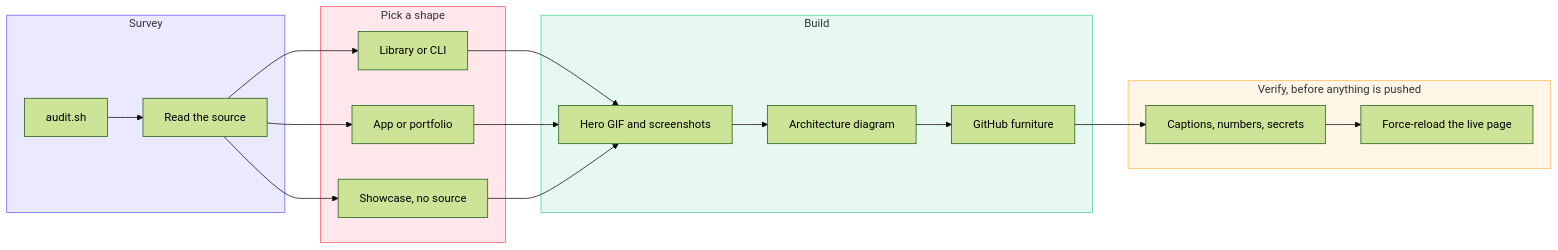
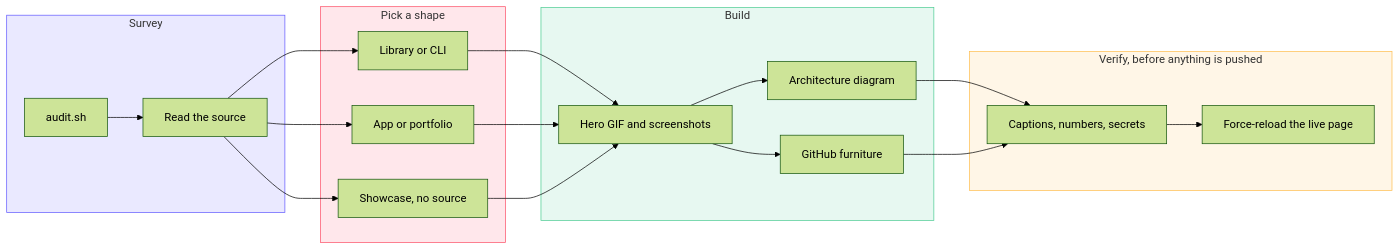
Before and after one commit to LauraMoney42/GitPretty: the diagram in README.md, drawn with Mermaid (forest theme).

Commit message:
Branch the build stage in the diagram
The architecture diagram and the GitHub furniture are independent work,
not sequential, and branching them cuts a column off a diagram that was
6.5:1 and shrinking to unreadable at README width.

Verified with mermaid-cli 11, the same engine GitHub renders with.

````diff
--- a/README.md
+++ b/README.md
@@ -77,41 +77,42 @@
 ```mermaid
 flowchart LR
     subgraph S["Survey"]
         Audit[audit.sh]
         Source[Read the source]
     end
 
     subgraph P["Pick a shape"]
         Lib[Library or CLI]
         App[App or portfolio]
         Show[Showcase, no source]
     end
 
     subgraph B["Build"]
         Media[Hero GIF and screenshots]
         Arch[Architecture diagram]
         Furn[GitHub furniture]
     end
 
     subgraph V["Verify, before anything is pushed"]
         Check[Captions, numbers, secrets]
         Live[Force-reload the live page]
     end
 
     Audit --> Source
     Source --> Lib
     Source --> App
     Source --> Show
     Lib --> Media
     App --> Media
     Show --> Media
     Media --> Arch
-    Arch --> Furn
+    Media --> Furn
+    Arch --> Check
     Furn --> Check
     Check --> Live
 
     style S fill:#635BFF22,stroke:#635BFF
     style P fill:#FD506822,stroke:#FD5068
     style B fill:#4CCC9322,stroke:#4CCC93
     style V fill:#FFBE4F22,stroke:#FFBE4F
 ```
````
